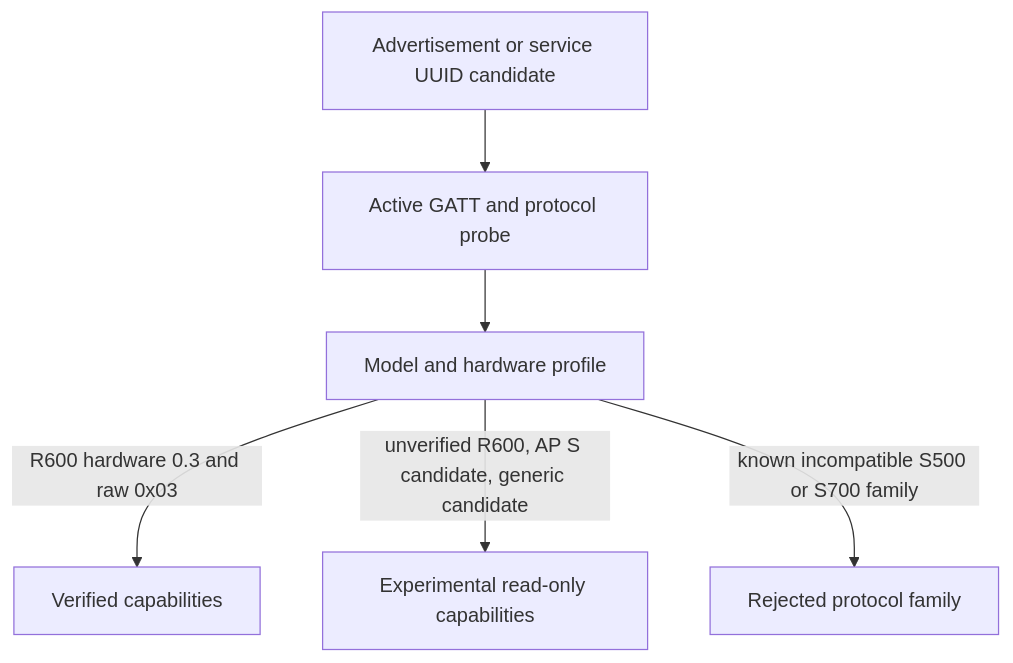
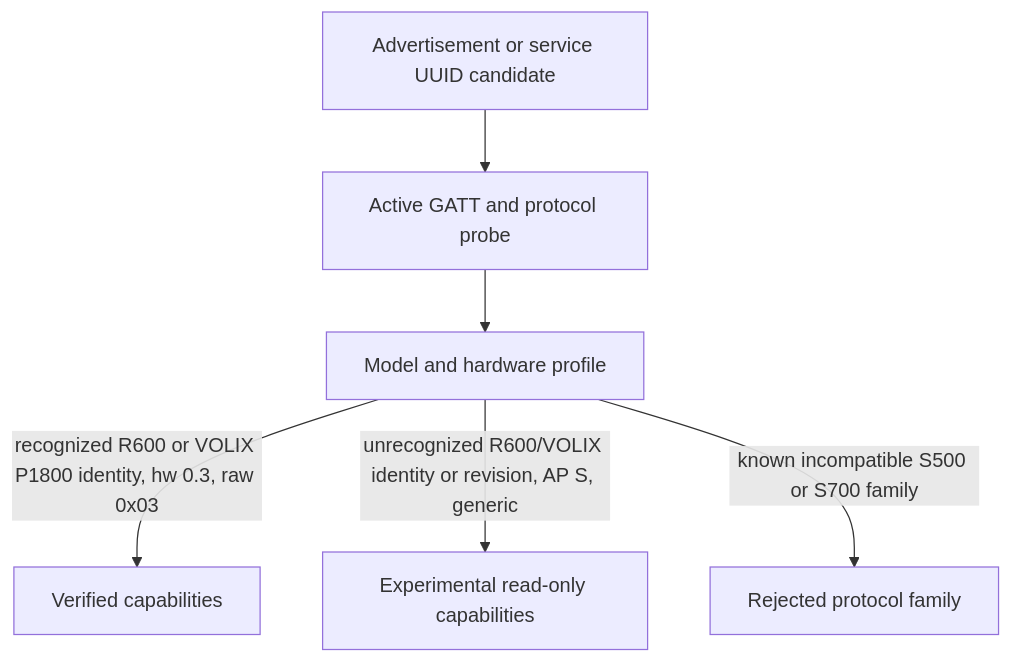
One commit to dedalodaelus/home-assistant-allpowers-ble changed the ninth of 10 diagrams in docs/architecture/system-architecture.md. Above: the diagram before and after it, drawn with Mermaid. The commit also changed other lines of this file and 10 other files, not shown here.

First line of the commit message:
docs: refresh architecture and compatibility (#205)

````diff
--- a/docs/architecture/system-architecture.md
+++ b/docs/architecture/system-architecture.md
@@ -325,15 +325,15 @@
 ```mermaid
 flowchart TD
     CAND[Advertisement or service UUID candidate]
     PROBE[Active GATT and protocol probe]
     PROFILE[Model and hardware profile]
     VERIFIED[Verified capabilities]
     EXP[Experimental read-only capabilities]
     REJECT[Rejected protocol family]
 
     CAND --> PROBE
     PROBE --> PROFILE
-    PROFILE -->|R600 hardware 0.3 and raw 0x03| VERIFIED
-    PROFILE -->|unverified R600, AP S candidate, generic candidate| EXP
+    PROFILE -->|recognized R600 or VOLIX P1800 identity, hw 0.3, raw 0x03| VERIFIED
+    PROFILE -->|unrecognized R600/VOLIX identity or revision, AP S, generic| EXP
     PROFILE -->|known incompatible S500 or S700 family| REJECT
 ```
````
